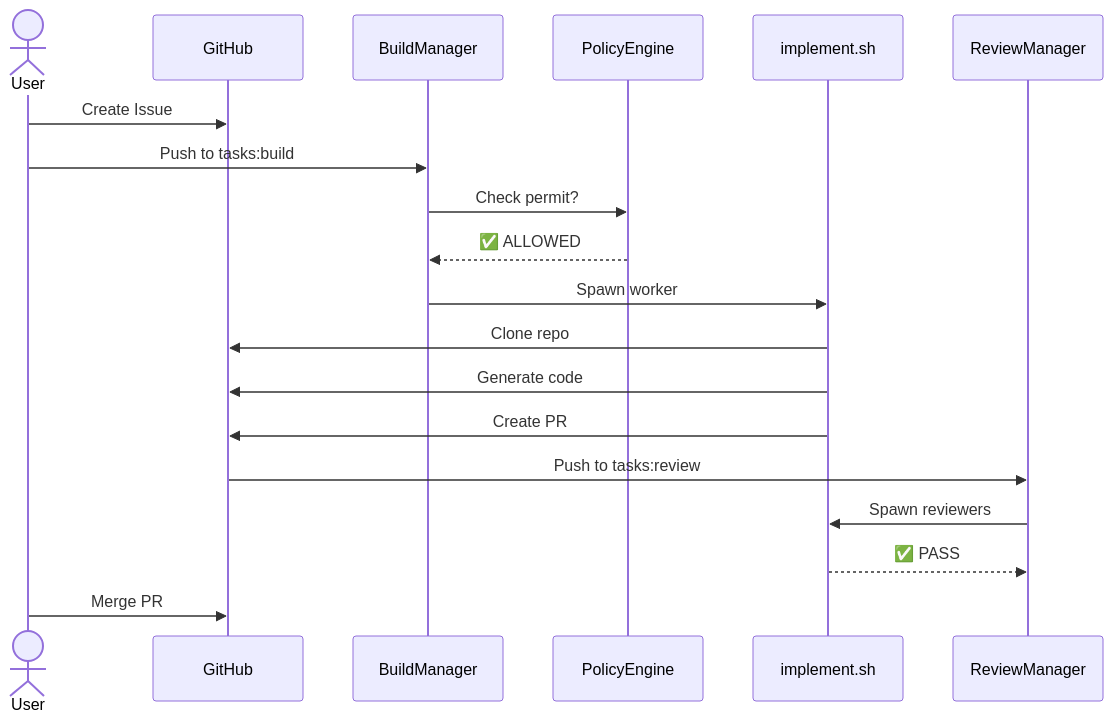
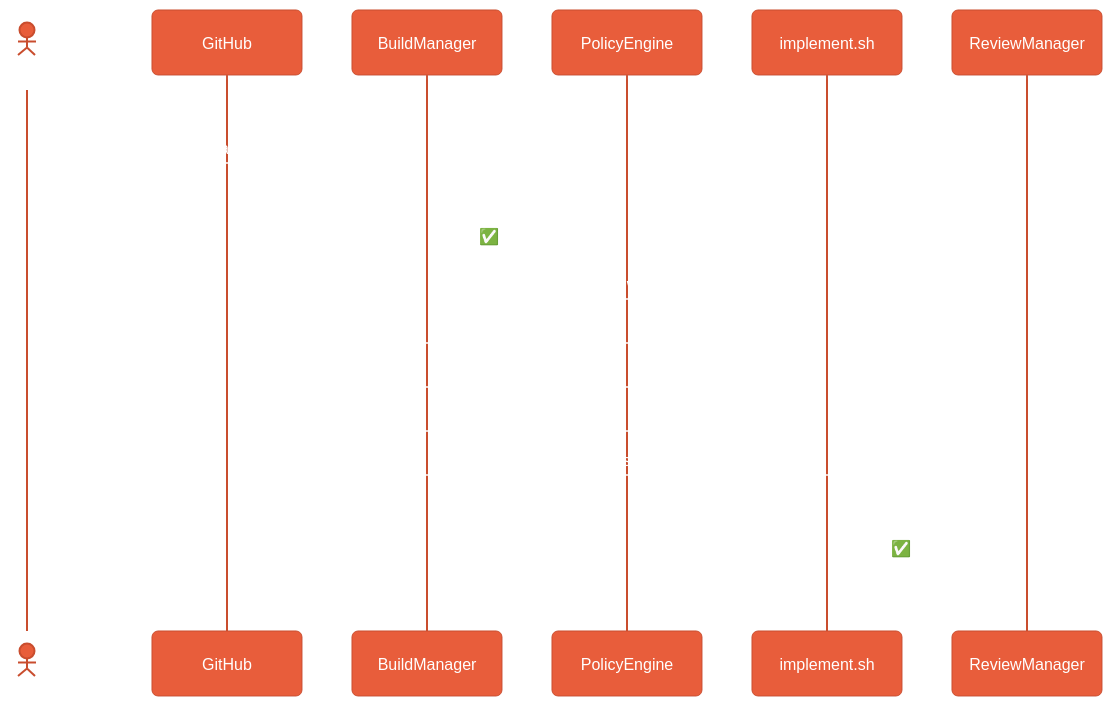
The diagram in docs/user-guide/first-task.md (thepragmatik/echelon), drawn with Mermaid before and after one commit. The commit also changed 4 other files, not shown here.

Commit message:
feat: ELK layout + neo look + coral theme on all Mermaid diagrams

````diff
--- a/docs/user-guide/first-task.md
+++ b/docs/user-guide/first-task.md
@@ -7,22 +7,35 @@
 ```mermaid
+%%{init: {
+  'look': 'neo',
+  'theme': 'base',
+  'themeVariables': {
+    'primaryColor': '#E85D3A',
+    'primaryTextColor': '#FFFFFF',
+    'primaryBorderColor': '#C94D2E',
+    'lineColor': '#E8A0BF',
+    'secondaryColor': '#FFF8F0',
+    'tertiaryColor': '#F0C0D4',
+    'fontFamily': 'Inter, sans-serif'
+  }
+}}%%
 sequenceDiagram
     actor User
     participant GH as GitHub
     participant BM as BuildManager
     participant PE as PolicyEngine
     participant IMP as implement.sh
     participant RM as ReviewManager
 
     User->>GH: Create Issue
     User->>BM: Push to tasks:build
     BM->>PE: Check permit?
     PE-->>BM: ✅ ALLOWED
     BM->>IMP: Spawn worker
     IMP->>GH: Clone repo
     IMP->>GH: Generate code
     IMP->>GH: Create PR
     GH->>RM: Push to tasks:review
     RM->>IMP: Spawn reviewers
     IMP-->>RM: ✅ PASS
     User->>GH: Merge PR
 ```
````
